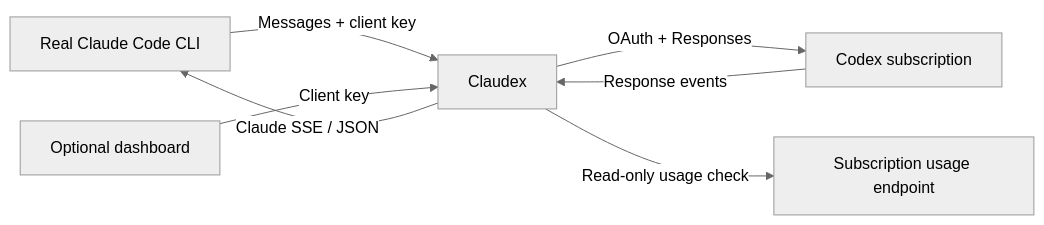
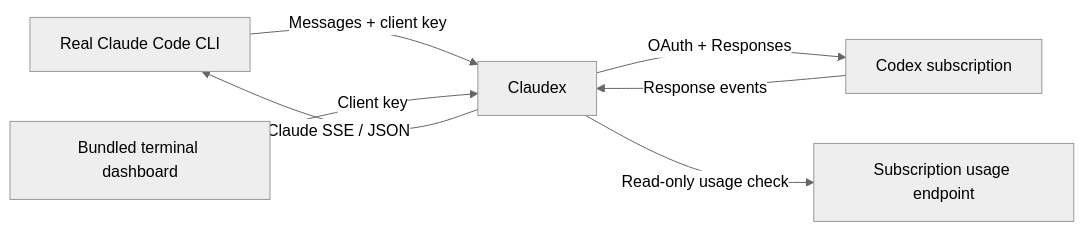
Before and after one commit to marenzo/claudex: the diagram in docs/architecture.md, drawn with Mermaid (neutral theme). The commit also changed other lines of this file and 88 other files, not shown here.

Commit message:
Release v1.1.0: add terminal workspace and simplify gateway lifecycle

````diff
--- a/docs/architecture.md
+++ b/docs/architecture.md
@@ -7,9 +7,9 @@
 ```mermaid
 flowchart LR
   Claude[Real Claude Code CLI] -->|Messages + client key| Gateway[Claudex]
   Gateway -->|OAuth + Responses| Codex[Codex subscription]
   Codex -->|Response events| Gateway
   Gateway -->|Claude SSE / JSON| Claude
   Gateway -->|Read-only usage check| Usage[Subscription usage endpoint]
-  Browser[Optional dashboard] -->|Client key| Gateway
+  TUI[Bundled terminal dashboard] -->|Client key| Gateway
 ```
````
